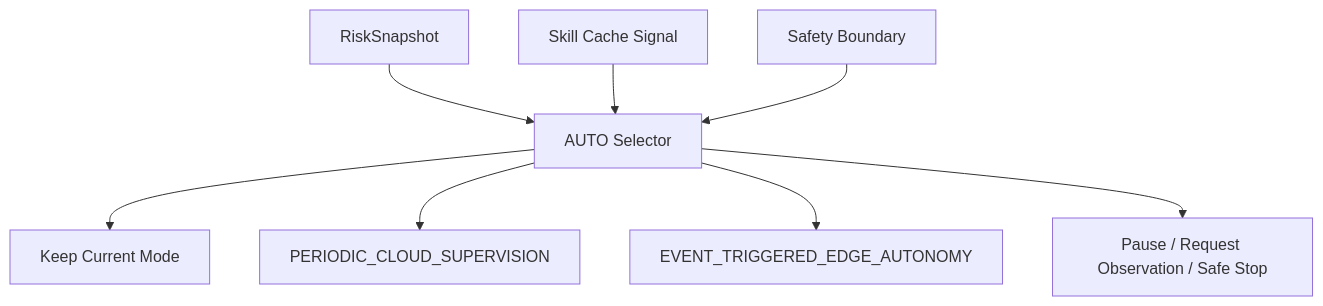
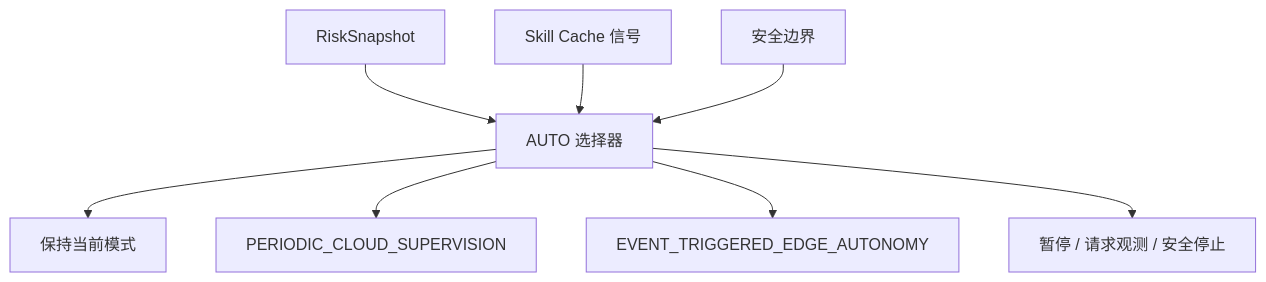
The fourth of 6 diagrams in docs/architecture.md (ningyd98/BIG-small), drawn with Mermaid before and after one commit. The commit also changed other lines of this file and 154 other files, not shown here.

````diff
--- a/docs/architecture.md
+++ b/docs/architecture.md
@@ -75,10 +75,10 @@
 ```mermaid
 flowchart TD
-  Risk[RiskSnapshot] --> Auto[AUTO Selector]
-  Cache[Skill Cache Signal] --> Auto
-  Safety[Safety Boundary] --> Auto
-  Auto --> Keep[Keep Current Mode]
+  Risk[RiskSnapshot] --> Auto[AUTO 选择器]
+  Cache[Skill Cache 信号] --> Auto
+  Safety[安全边界] --> Auto
+  Auto --> Keep[保持当前模式]
   Auto --> PCSC[PERIODIC_CLOUD_SUPERVISION]
   Auto --> ETEAC[EVENT_TRIGGERED_EDGE_AUTONOMY]
-  Auto --> Pause[Pause / Request Observation / Safe Stop]
+  Auto --> Pause[暂停 / 请求观测 / 安全停止]
 ```
````
